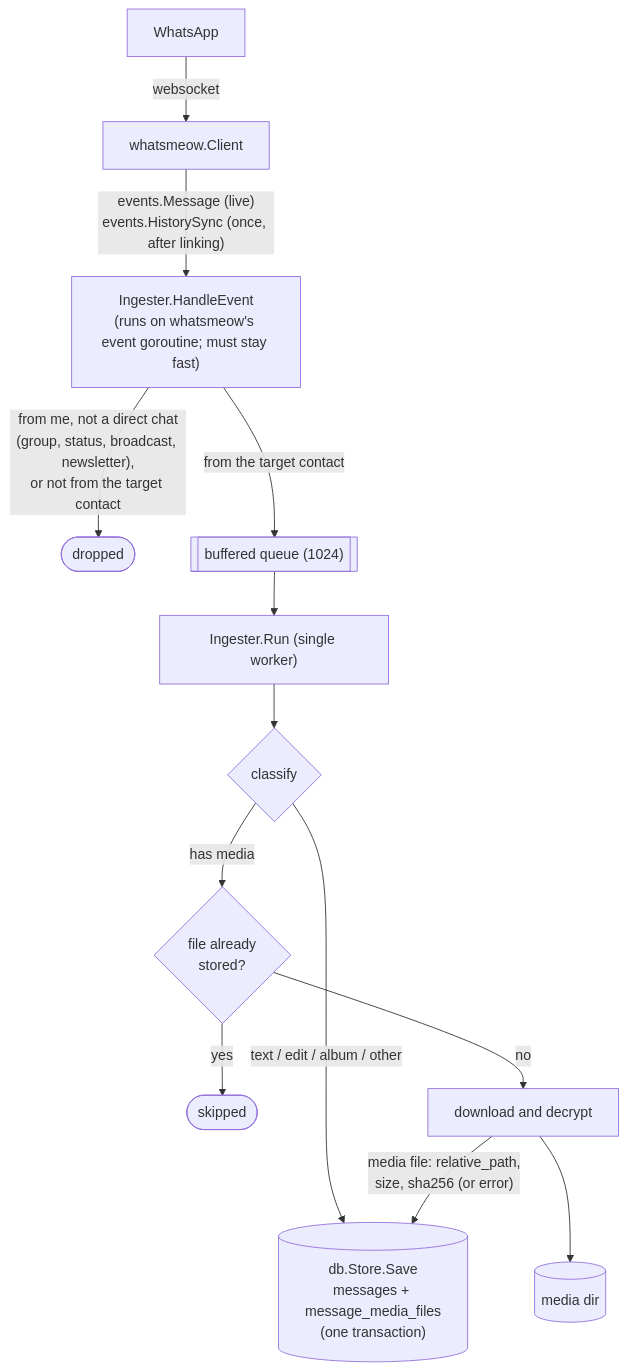
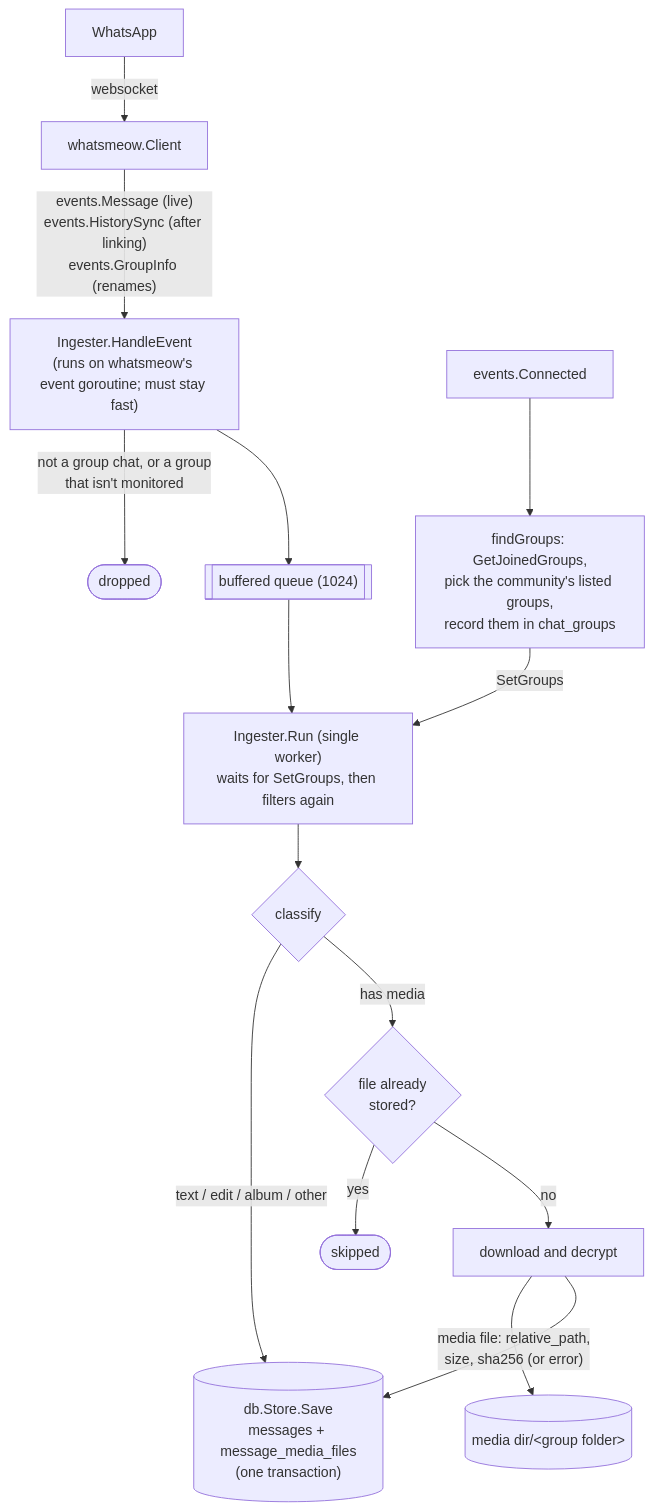
One commit to tongtianqi777/seth-ingestion changed the diagram in docs/DEVELOPMENT.md. Above: the diagram before and after it, drawn with Mermaid. The commit also changed other lines of this file and 11 other files, not shown here.

First line of the commit message:
Record the Seth community's groups instead of one contact

````diff
--- a/docs/DEVELOPMENT.md
+++ b/docs/DEVELOPMENT.md
@@ -22,15 +25,17 @@
 ```mermaid
 flowchart TD
     WA["WhatsApp"] -- websocket --> Client["whatsmeow.Client"]
-    Client -- "events.Message (live)<br/>events.HistorySync (once, after linking)" --> Handle["Ingester.HandleEvent<br/>(runs on whatsmeow's event goroutine; must stay fast)"]
-    Handle -- "from me, not a direct chat<br/>(group, status, broadcast, newsletter),<br/>or not from the target contact" --> Drop(["dropped"])
-    Handle -- "from the target contact" --> Queue[["buffered queue (1024)"]]
-    Queue --> Run["Ingester.Run (single worker)"]
+    Client -- "events.Message (live)<br/>events.HistorySync (after linking)<br/>events.GroupInfo (renames)" --> Handle["Ingester.HandleEvent<br/>(runs on whatsmeow's event goroutine; must stay fast)"]
+    Handle -- "not a group chat, or a group<br/>that isn't monitored" --> Drop(["dropped"])
+    Handle --> Queue[["buffered queue (1024)"]]
+    Connected["events.Connected"] --> Find["findGroups: GetJoinedGroups,<br/>pick the community's listed groups,<br/>record them in chat_groups"]
+    Find -- "SetGroups" --> Run
+    Queue --> Run["Ingester.Run (single worker)<br/>waits for SetGroups, then filters again"]
     Run --> Classify{"classify"}
     Classify -- "text / edit / album / other" --> Save[("db.Store.Save<br/>messages + message_media_files<br/>(one transaction)")]
     Classify -- "has media" --> Seen{"file already<br/>stored?"}
     Seen -- yes --> Skip(["skipped"])
     Seen -- no --> Download["download and decrypt"]
-    Download --> Media[("media dir")]
+    Download --> Media[("media dir/&lt;group folder&gt;")]
     Download -- "media file: relative_path,<br/>size, sha256 (or error)" --> Save
 ```
````
